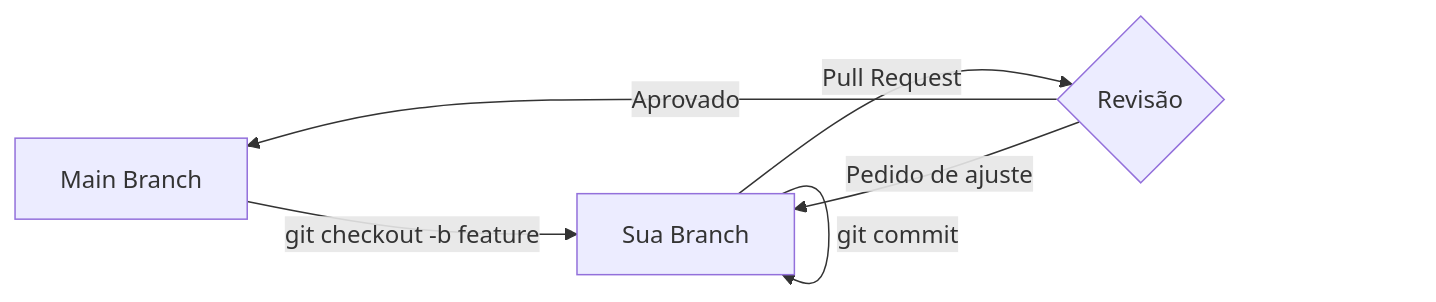
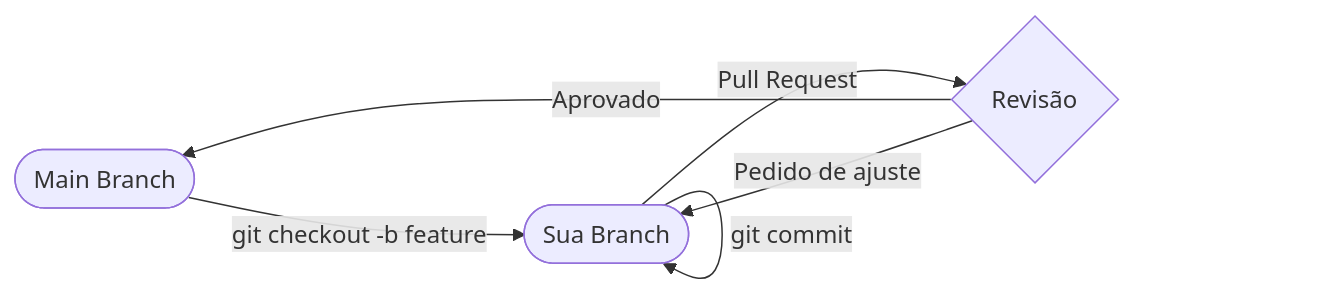
The diagram in docs/aulas/aula-05.md (ricardotecpro/ads_extra_guia_de_ferramentas), drawn with Mermaid before and after one commit. The commit also changed other lines of this file and 69 other files, not shown here.

````diff
--- a/docs/aulas/aula-05.md
+++ b/docs/aulas/aula-05.md
@@ -44,8 +49,8 @@
 ```mermaid
 graph LR
-    Main[Main Branch] -- git checkout -b feature --> Feature[Sua Branch]
+    Main([Main Branch]) -- git checkout -b feature --> Feature([Sua Branch])
     Feature -- git commit --> Feature
     Feature -- Pull Request --> Review{Revisão}
     Review -- Aprovado --> Main
     Review -- Pedido de ajuste --> Feature
 ```
````
